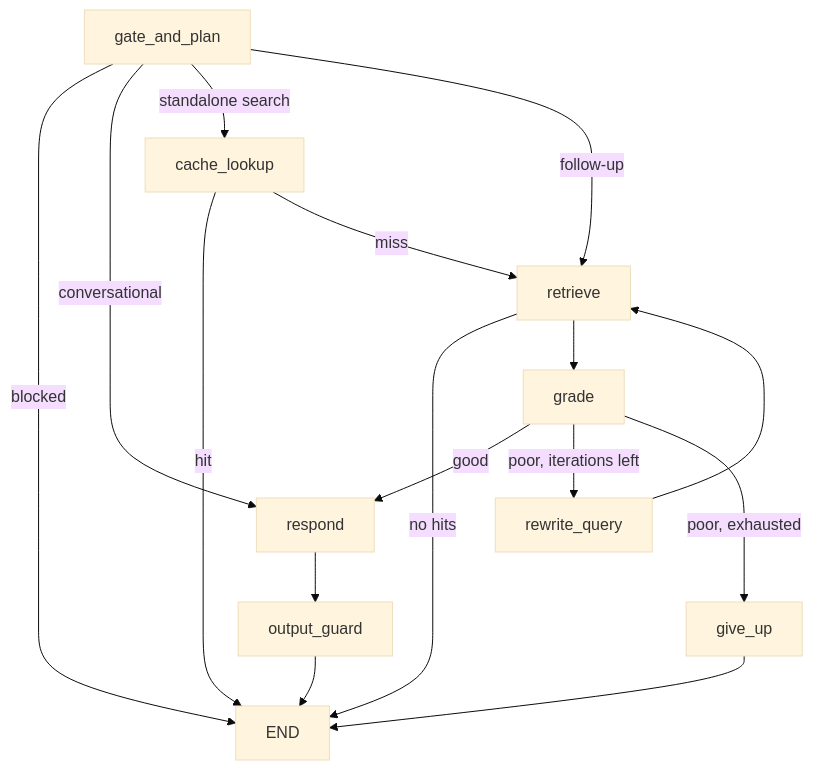
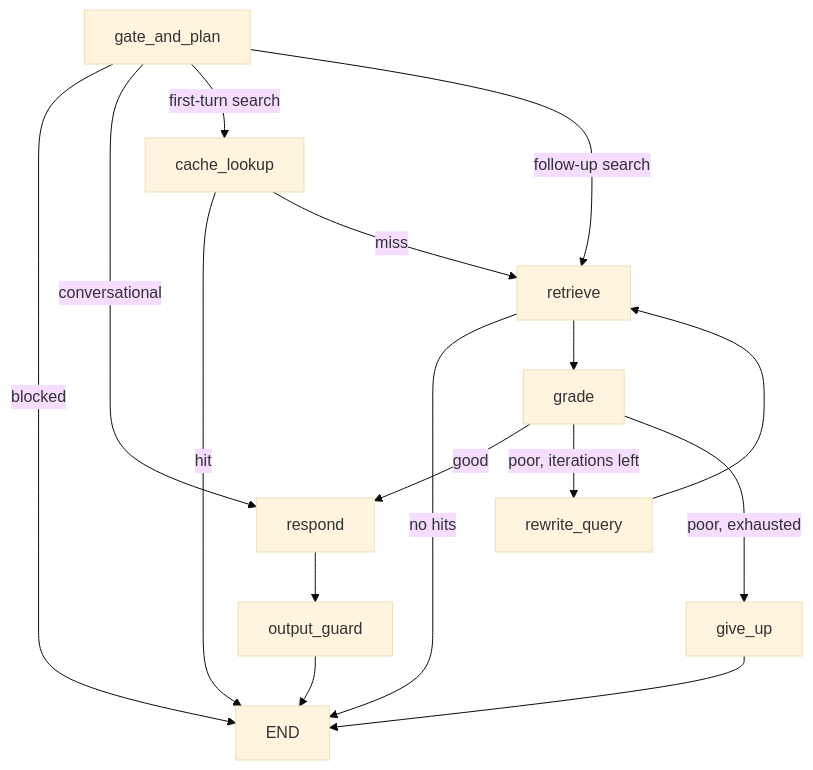
One commit to giri-harsh/prod-rag changed the diagram in DOCS/03_NODE_INTELLIGENCE.md. Above: the diagram before and after it, drawn with Mermaid (base theme). The commit also changed other lines of this file and 7 other files, not shown here.

Commit message:
O-5: docs rewritten to match the code (overview, ingestion, nodes, observability, gotchas, FlashRank, architecture, README with verification status); capacity numbers only from runs

````diff
--- a/DOCS/03_NODE_INTELLIGENCE.md
+++ b/DOCS/03_NODE_INTELLIGENCE.md
@@ -7,17 +7,17 @@
 ```mermaid
 graph TD
   gate_and_plan -->|blocked| END
   gate_and_plan -->|conversational| respond
-  gate_and_plan -->|standalone search| cache_lookup
-  gate_and_plan -->|follow-up| retrieve
+  gate_and_plan -->|first-turn search| cache_lookup
+  gate_and_plan -->|follow-up search| retrieve
   cache_lookup -->|hit| END
   cache_lookup -->|miss| retrieve
   retrieve -->|no hits| END
   retrieve --> grade
   grade -->|good| respond
   grade -->|poor, iterations left| rewrite_query
   rewrite_query --> retrieve
   grade -->|poor, exhausted| give_up
   give_up --> END
   respond --> output_guard --> END
 ```
````
